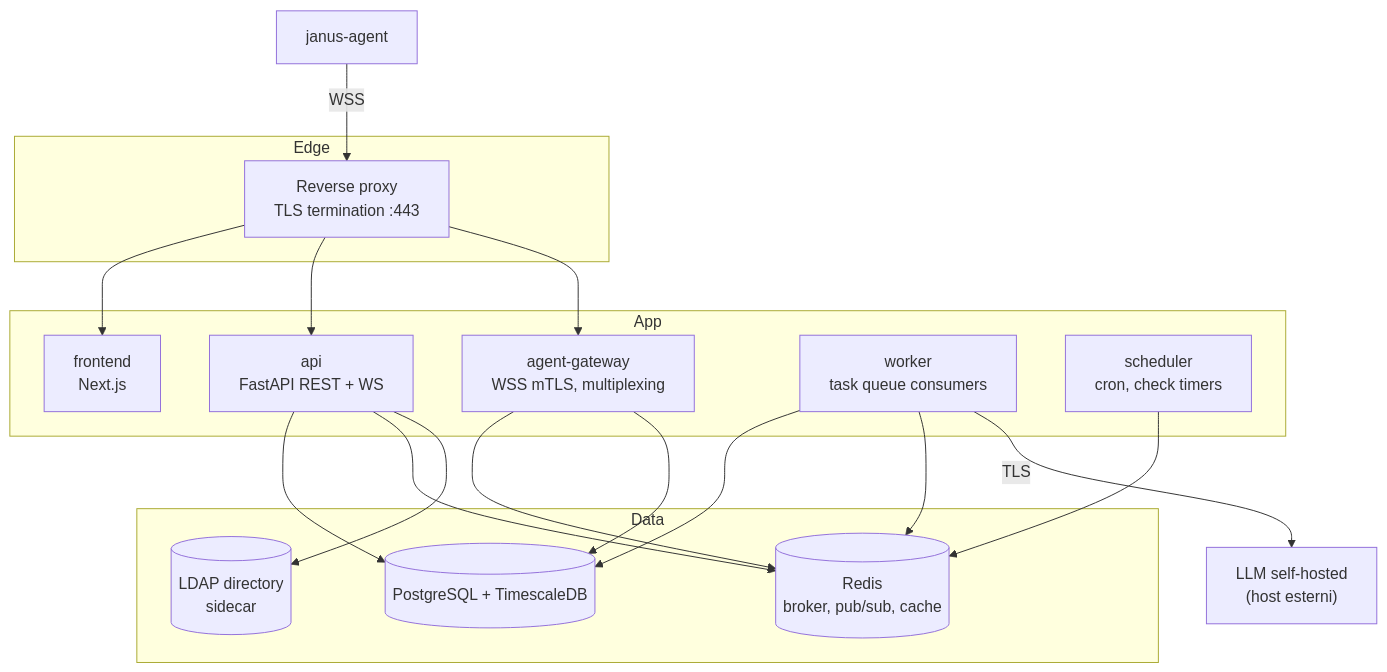
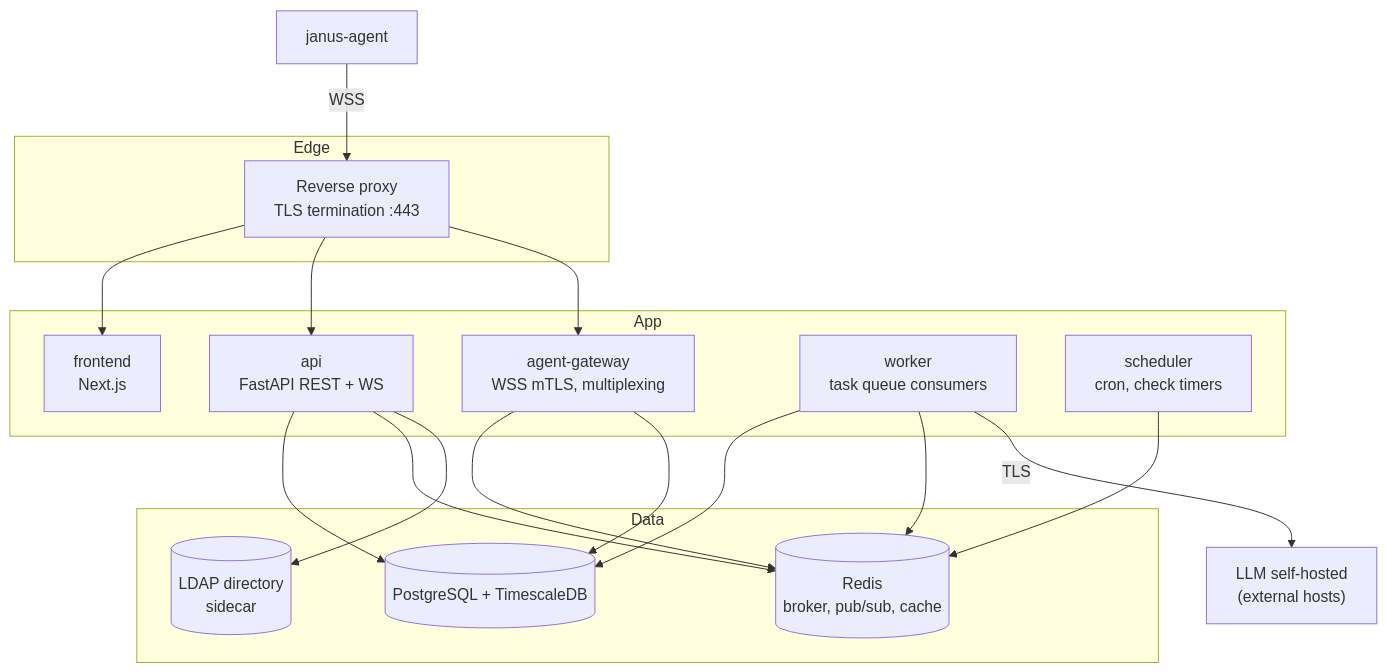
The diagram in docs/PLAN.md (lordraw77/janus-ops), drawn with Mermaid before and after one commit. The commit also changed other lines of this file and 2 other files, not shown here.

````diff
--- a/docs/PLAN.md
+++ b/docs/PLAN.md
@@ -272,34 +293,34 @@
 ```mermaid
 flowchart TB
     subgraph Edge
         RP["Reverse proxy<br/>TLS termination :443"]
     end
     subgraph App
         FE["frontend<br/>Next.js"]
         API["api<br/>FastAPI REST + WS"]
         GW["agent-gateway<br/>WSS mTLS, multiplexing"]
         WK["worker<br/>task queue consumers"]
         SCH["scheduler<br/>cron, check timers"]
     end
     subgraph Data
         PG[("PostgreSQL + TimescaleDB")]
         RD[("Redis<br/>broker, pub/sub, cache")]
         LD[("LDAP directory<br/>sidecar")]
     end
     AG["janus-agent"]
-    LLM["LLM self-hosted<br/>(host esterni)"]
+    LLM["LLM self-hosted<br/>(external hosts)"]
 
     RP --> FE
     RP --> API
     RP --> GW
     AG -->|WSS| RP
     API --> PG
     API --> RD
     GW --> RD
     GW --> PG
     WK --> PG
     WK --> RD
     SCH --> RD
     API --> LD
     WK -->|TLS| LLM
 ```
````
